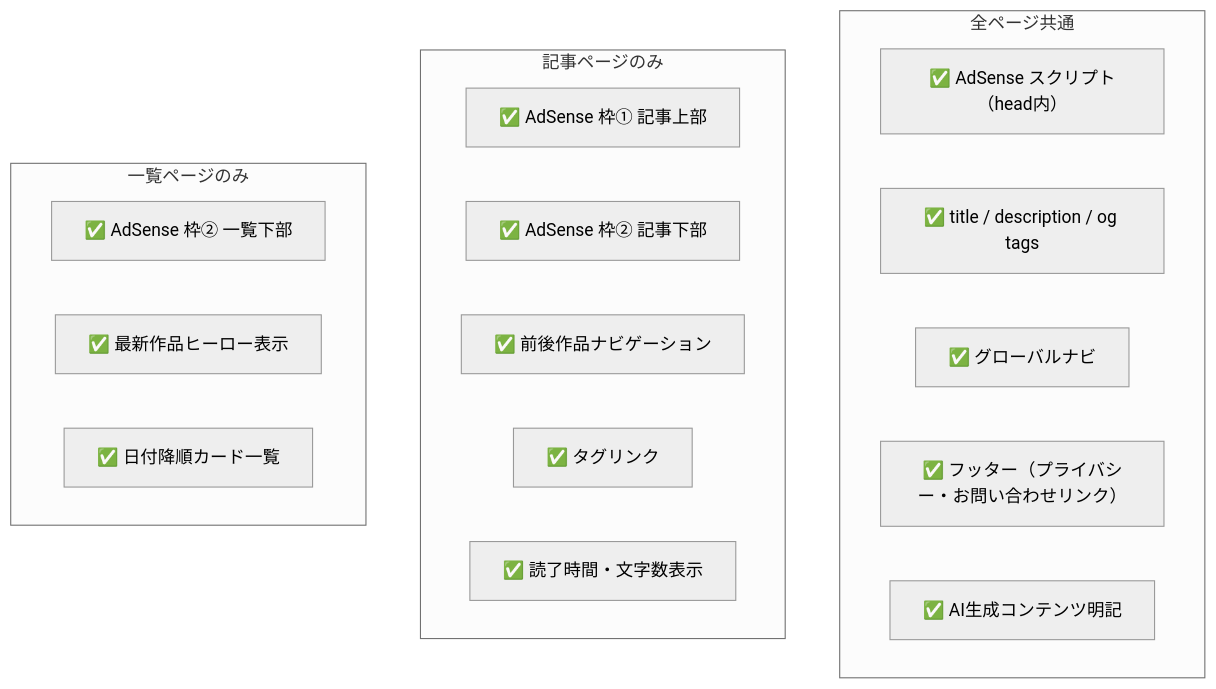
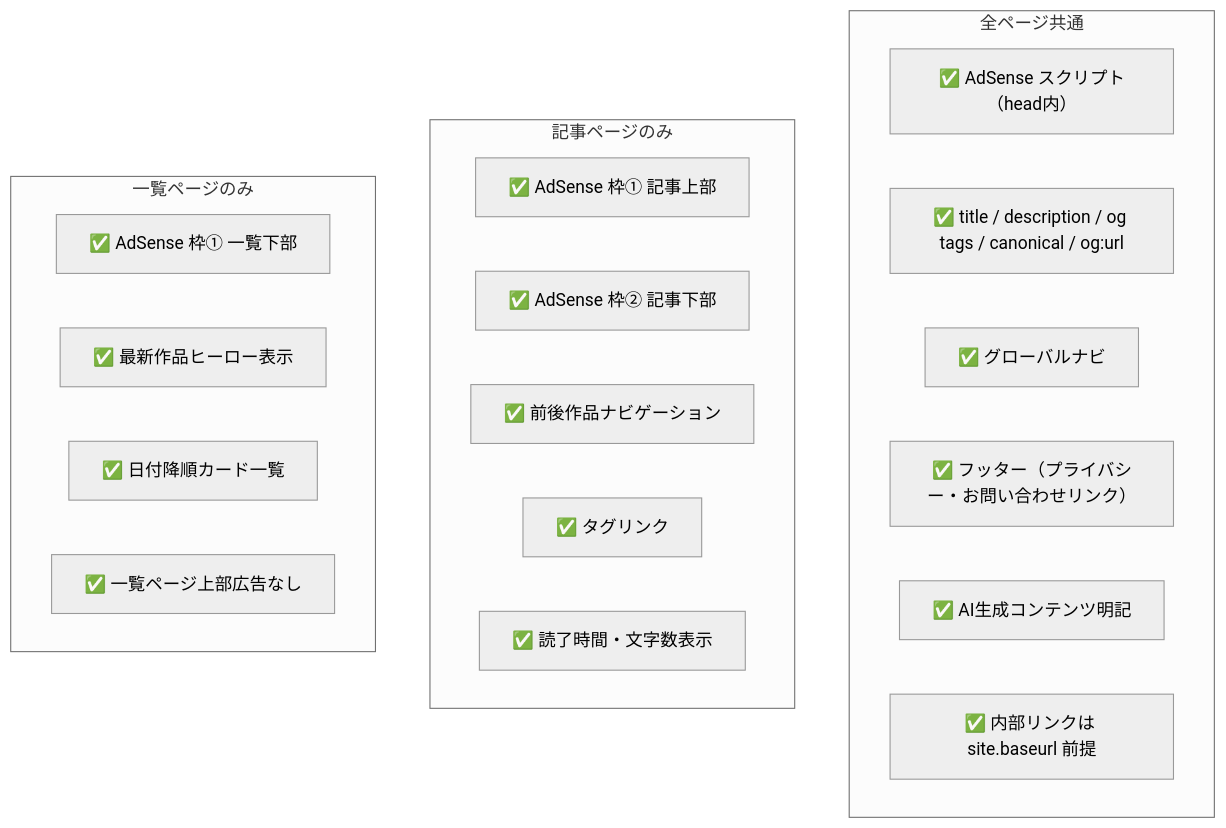
The ninth of 9 diagrams in ui.md (garyohosu/writer), drawn with Mermaid (neutral theme) before and after one commit. The commit also changed other lines of this file and 2 other files, not shown here.

````diff
--- a/ui.md
+++ b/ui.md
@@ -198,24 +197,26 @@
 ```mermaid
 graph TD
     subgraph COMMON["全ページ共通"]
         CM1["✅ AdSense スクリプト（head内）"]
-        CM2["✅ title / description / og tags"]
+        CM2["✅ title / description / og tags / canonical / og:url"]
         CM3["✅ グローバルナビ"]
         CM4["✅ フッター（プライバシー・お問い合わせリンク）"]
         CM5["✅ AI生成コンテンツ明記"]
+        CM6["✅ 内部リンクは site.baseurl 前提"]
     end
 
     subgraph ARTICLE_REQ["記事ページのみ"]
         AR1["✅ AdSense 枠① 記事上部"]
         AR2["✅ AdSense 枠② 記事下部"]
         AR3["✅ 前後作品ナビゲーション"]
         AR4["✅ タグリンク"]
         AR5["✅ 読了時間・文字数表示"]
     end
 
     subgraph LIST_REQ["一覧ページのみ"]
-        LR1["✅ AdSense 枠② 一覧下部"]
+        LR1["✅ AdSense 枠① 一覧下部"]
         LR2["✅ 最新作品ヒーロー表示"]
         LR3["✅ 日付降順カード一覧"]
+        LR4["✅ 一覧ページ上部広告なし"]
     end
 ```
````
